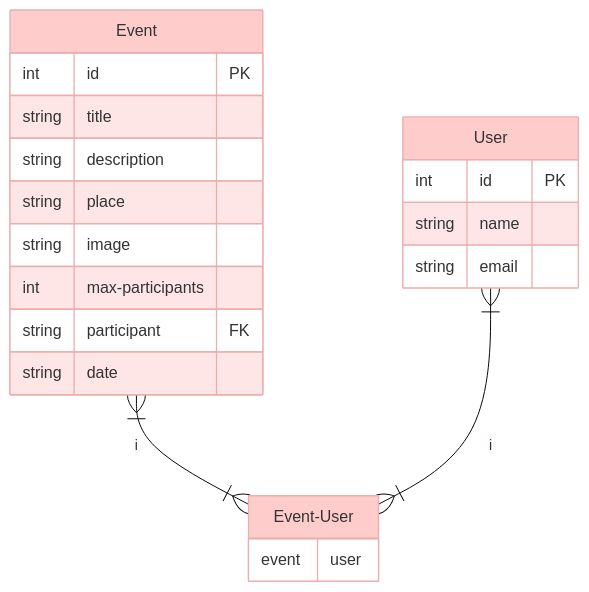
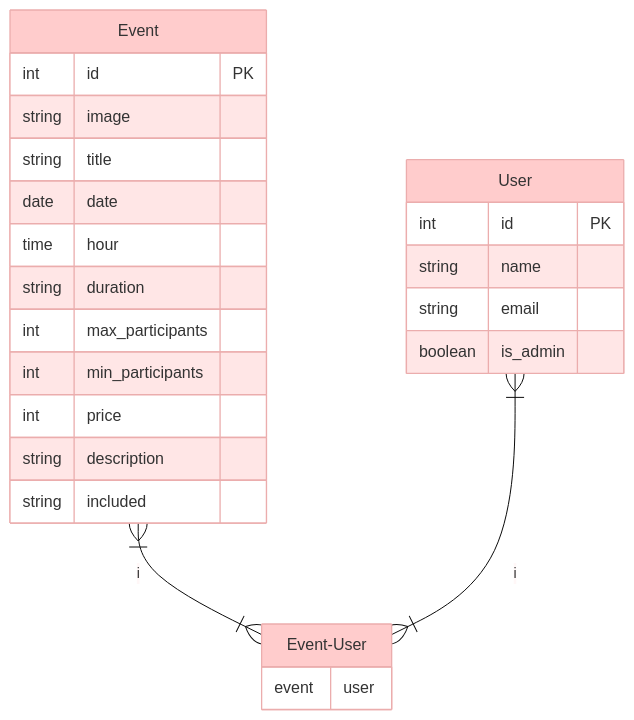
One commit to Yelose/tech-event-manager changed the diagram in README.md. Above: the diagram before and after it, drawn with Mermaid.

````diff
--- a/README.md
+++ b/README.md
@@ -24,37 +24,40 @@
 ```mermaid
 
 %%{init: {'theme': 'base', 
 'themeVariables': { 
     'primaryColor': '#ffcccc', 
     'edgeLabelBackground':'#ffffee', 
     'tertiaryColor': '#fff0f0',
     "actorTextColor": "#fff",
     "textColor": "#712E3D",
     "actorBorder": "blue"
     }}}%%
 erDiagram
     User{
         int id PK
         string name
         string email
-        
+        boolean is_admin
             }
     
     Event }|--|{ Event-User : i
     User }|--|{ Event-User : i
 
     Event{
         int id PK
+        string image
         string title
-        string description
-        string place
-        string image
-        int max-participants
-        string participant FK
-        string date
+        date date
+        time hour
+        string duration
+        int max_participants
+        int min_participants
+        int price 
+        string description 
+        string included 
     }
     Event-User{
         event user
     }
 
 ```
````
